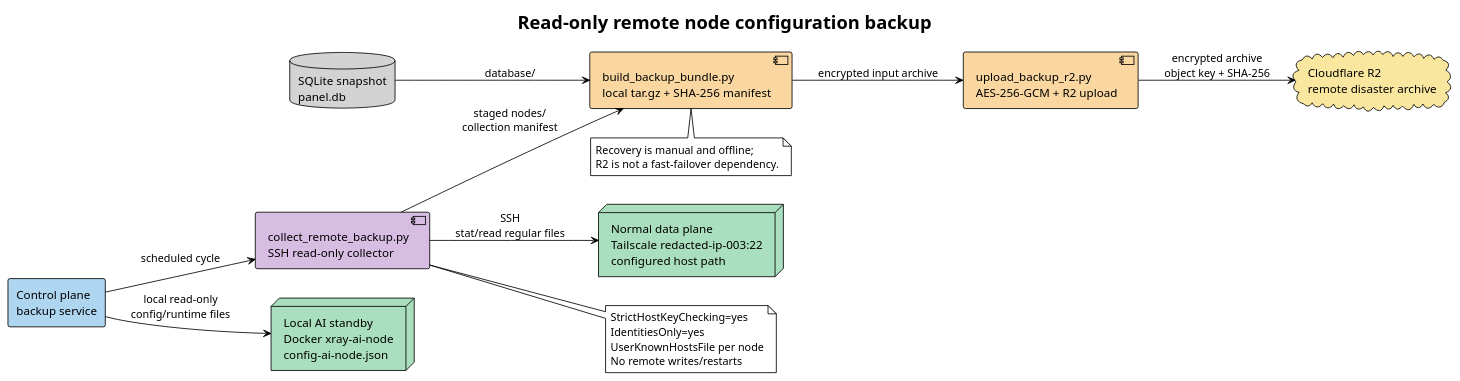
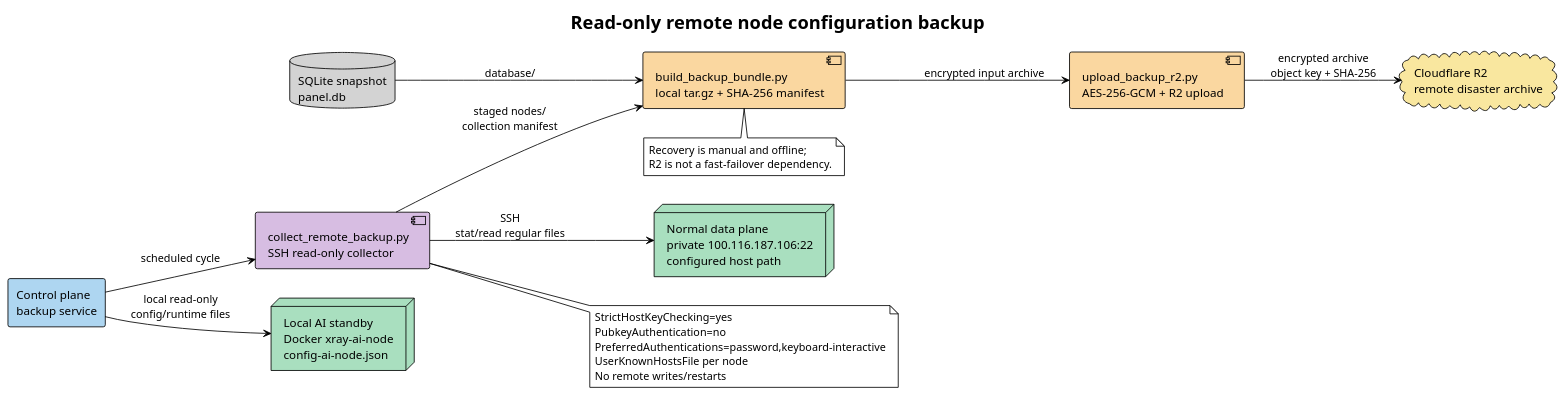
One commit to i-zrhe2016/ai-routing-panel changed the diagram in docs/diagrams/remote-backup-flow.puml. Above: the diagram before and after it, drawn with PlantUML. The commit also changed 38 other files, not shown here.

```diff
--- a/docs/diagrams/remote-backup-flow.puml
+++ b/docs/diagrams/remote-backup-flow.puml
@@ -1,34 +1,35 @@
 @startuml
 !theme plain
 title Read-only remote node configuration backup
 left to right direction
 
 rectangle "Control plane\nbackup service" as control #AED6F1
 component "collect_remote_backup.py\nSSH read-only collector" as collector #D7BDE2
-node "Normal data plane\nTailscale redacted-ip-003:22\nconfigured host path" as normal #A9DFBF
+node "Normal data plane\nprivate 100.116.187.106:22\nconfigured host path" as normal #A9DFBF
 node "Local AI standby\nDocker xray-ai-node\nconfig-ai-node.json" as ai #A9DFBF
 component "build_backup_bundle.py\nlocal tar.gz + SHA-256 manifest" as bundle #FAD7A0
 component "upload_backup_r2.py\nAES-256-GCM + R2 upload" as uploader #FAD7A0
 cloud "Cloudflare R2\nremote disaster archive" as r2 #F9E79F
 database "SQLite snapshot\npanel.db" as db #D3D3D3
 
 control --> collector : scheduled cycle
 collector --> normal : SSH\nstat/read regular files
 control --> ai : local read-only\nconfig/runtime files
 collector --> bundle : staged nodes/\ncollection manifest
 db --> bundle : database/
 bundle --> uploader : encrypted input archive
 uploader --> r2 : encrypted archive\nobject key + SHA-256
 
 note right of collector
   StrictHostKeyChecking=yes
-  IdentitiesOnly=yes
+  PubkeyAuthentication=no
+  PreferredAuthentications=password,keyboard-interactive
   UserKnownHostsFile per node
   No remote writes/restarts
 end note
 
 note bottom of bundle
   Recovery is manual and offline;
   R2 is not a fast-failover dependency.
 end note
 @enduml
```
